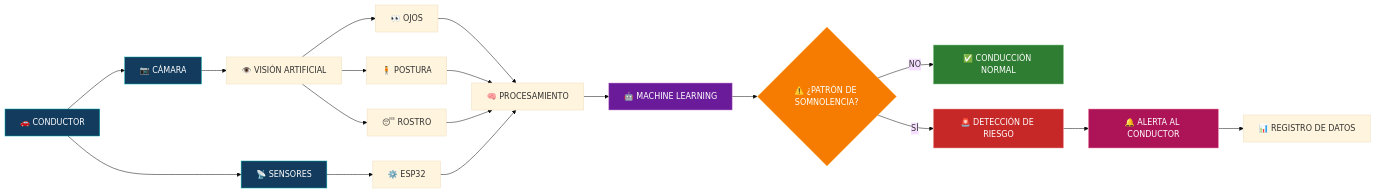
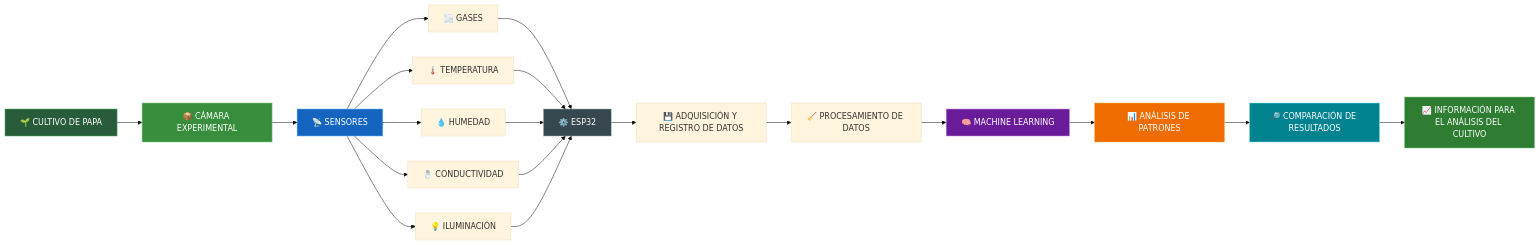
Before and after one commit to Cesrm27/PI_Equipo_01: the diagram in README.md, drawn with Mermaid (base theme). The commit also changed other lines of this file, not shown here.

````diff
--- a/README.md
+++ b/README.md
@@ -31,38 +32,41 @@
 ```mermaid
 flowchart LR
 
-    A["🚗 CONDUCTOR"] --> B["📷 CÁMARA"]
-    A --> C["📡 SENSORES"]
+    A["🌱 CULTIVO DE PAPA"] --> B["📦 CÁMARA EXPERIMENTAL"]
 
-    B --> D["👁️ VISIÓN ARTIFICIAL"]
-    D --> D1["👀 OJOS"]
-    D --> D2["🧍 POSTURA"]
-    D --> D3["😴 ROSTRO"]
+    B --> C["📡 SENSORES"]
 
-    C --> E["⚙️ ESP32"]
+    C --> C1["🌫️ GASES"]
+    C --> C2["🌡️ TEMPERATURA"]
+    C --> C3["💧 HUMEDAD"]
+    C --> C4["🧂 CONDUCTIVIDAD"]
+    C --> C5["💡 ILUMINACIÓN"]
 
-    D1 --> F["🧠 PROCESAMIENTO"]
-    D2 --> F
-    D3 --> F
-    E --> F
+    C1 --> D["⚙️ ESP32"]
+    C2 --> D
+    C3 --> D
+    C4 --> D
+    C5 --> D
 
-    F --> G["🤖 MACHINE LEARNING"]
+    D --> E["💾 ADQUISICIÓN Y REGISTRO DE DATOS"]
 
-    G --> H{"⚠️ ¿PATRÓN DE SOMNOLENCIA?"}
+    E --> F["🧹 PROCESAMIENTO DE DATOS"]
 
-    H -->|"NO"| I["✅ CONDUCCIÓN NORMAL"]
-    H -->|"SÍ"| J["🚨 DETECCIÓN DE RIESGO"]
+    F --> G["🧠 MACHINE LEARNING"]
 
-    J --> K["🔔 ALERTA AL CONDUCTOR"]
+    G --> H["📊 ANÁLISIS DE PATRONES"]
 
-    K --> L["📊 REGISTRO DE DATOS"]
+    H --> I["🔎 COMPARACIÓN DE RESULTADOS"]
 
-    style A fill:#123B5D,color:#fff,stroke:#00A8A8
-    style B fill:#123B5D,color:#fff,stroke:#00A8A8
-    style C fill:#123B5D,color:#fff,stroke:#00A8A8
+    I --> J["📈 INFORMACIÓN PARA EL ANÁLISIS DEL CULTIVO"]
+
+    style A fill:#285C3A,color:#fff,stroke:#4CAF50
+    style B fill:#388E3C,color:#fff,stroke:#81C784
+    style C fill:#1565C0,color:#fff,stroke:#64B5F6
+    style D fill:#37474F,color:#fff,stroke:#90A4AE
     style G fill:#6A1B9A,color:#fff,stroke:#CE93D8
-    style H fill:#F57C00,color:#fff,stroke:#FFB74D
-    style J fill:#C62828,color:#fff,stroke:#EF9A9A
-    style K fill:#AD1457,color:#fff,stroke:#F48FB1
-    style I fill:#2E7D32,color:#fff,stroke:#81C784
-```
+    style H fill:#EF6C00,color:#fff,stroke:#FFB74D
+    style I fill:#00838F,color:#fff,stroke:#80DEEA
+    style J fill:#2E7D32,color:#fff,stroke:#81C784
+
+``` 
````
